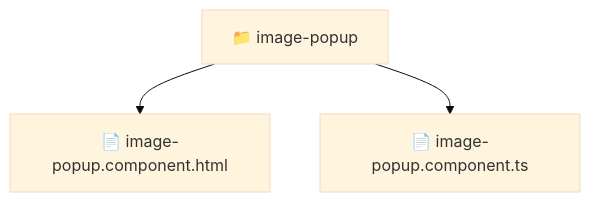
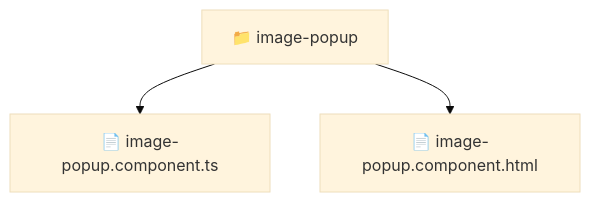
One commit to beginwebdev2002/fullstack-mavluda changed the diagram in frontend/src/shared/ui/image-popup/README.md. Above: the diagram before and after it, drawn with Mermaid (base theme). The commit also changed other lines of this file and 164 other files, not shown here.

First line of the commit message:
docs: generate robust autonomous architectural documentation

````diff
--- a/frontend/src/shared/ui/image-popup/README.md
+++ b/frontend/src/shared/ui/image-popup/README.md
@@ -11,6 +11,6 @@
 ```mermaid
 graph TD
-  Root["📁 image-popup"]
-  Root --> image_popup_component_html["📄 image-popup.component.html"]
-  Root --> image_popup_component_ts["📄 image-popup.component.ts"]
+    f_image_popup["📁 image-popup"]
+    f_image_popup --> f_image_popup_component_ts["📄 image-popup.component.ts"]
+    f_image_popup --> f_image_popup_component_html["📄 image-popup.component.html"]
 ```
````
